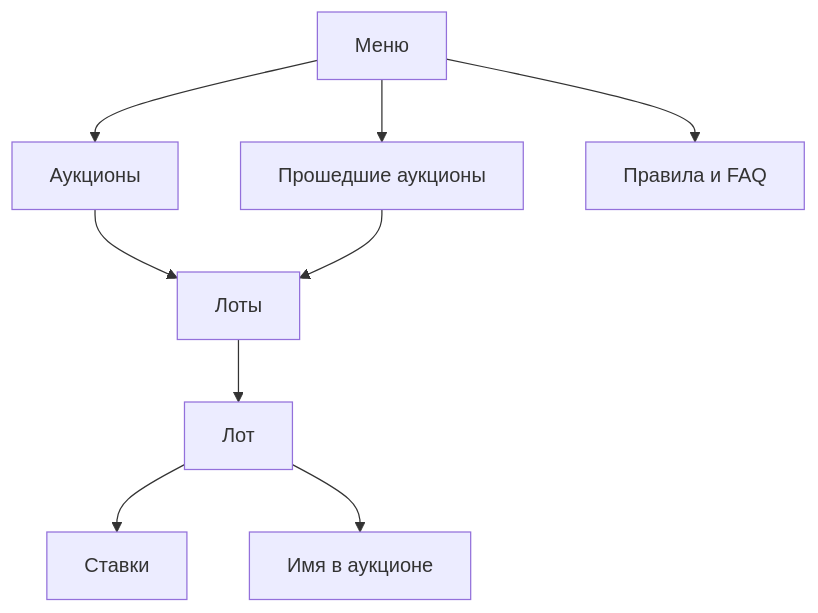
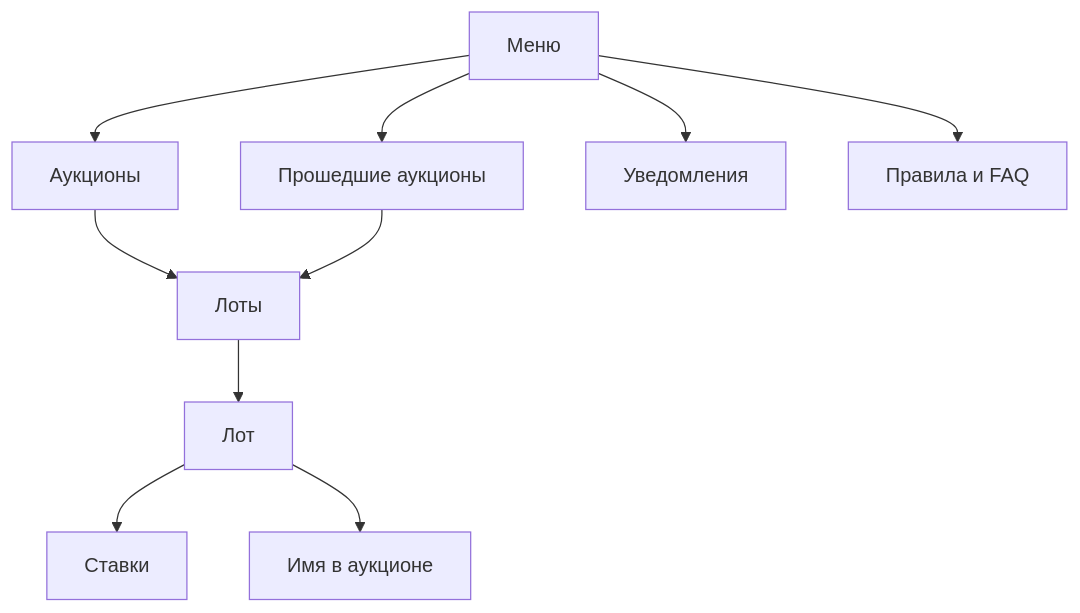
One commit to Solguficky/solguficky-hub changed the second of 2 diagrams in docs/design/bot/design-code.md. Above: the diagram before and after it, drawn with Mermaid. The commit also changed other lines of this file and 33 other files, not shown here.

````diff
--- a/docs/design/bot/design-code.md
+++ b/docs/design/bot/design-code.md
@@ -82,12 +82,13 @@
 ```mermaid
 flowchart TD
     menu[Меню]
     menu --> auctions[Аукционы]
     menu --> past[Прошедшие аукционы]
+    menu --> notify[Уведомления]
     menu --> faq[Правила и FAQ]
     auctions --> feed[Лоты]
     past --> feed
     feed --> lot[Лот]
     lot --> history[Ставки]
     lot --> name[Имя в аукционе]
 ```
````
